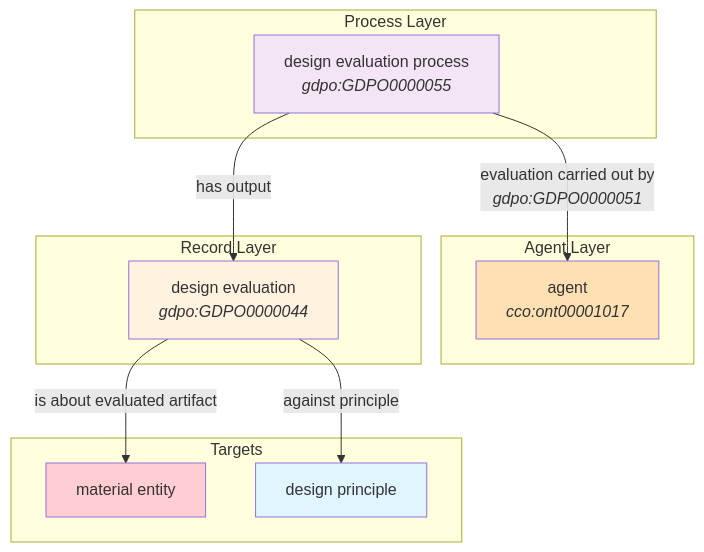
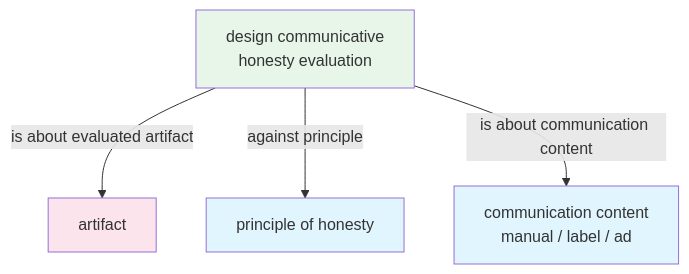
One commit to TimothyWColeman/GoodDesignPrinciplesOntology changed the eighth of 9 diagrams in docs/design-pattern-diagrams.md. Above: the diagram before and after it, drawn with Mermaid. The commit also changed other lines of this file and 12 other files, not shown here.

````diff
--- a/docs/design-pattern-diagrams.md
+++ b/docs/design-pattern-diagrams.md
@@ -475,30 +302,16 @@
 ```mermaid
 graph TB
-    subgraph "Agent Layer"
-        AG[agent<br/><i>cco:ont00001017</i>]
-    end
+    CHE[design communicative<br/>honesty evaluation]
+    ART[artifact]
+    POH[principle of honesty]
+    CC[communication content<br/>manual / label / ad]
     
-    subgraph "Process Layer"
-        DEP[design evaluation process<br/><i>gdpo:GDPO0000055</i>]
-    end
+    CHE -->|is about evaluated artifact| ART
+    CHE -->|against principle| POH
+    CHE -->|is about communication content| CC
     
-    subgraph "Record Layer"
-        DE[design evaluation<br/><i>gdpo:GDPO0000044</i>]
-    end
-    
-    subgraph "Targets"
-        ME[material entity]
-        DP[design principle]
-    end
-    
-    DEP -->|evaluation carried out by<br/><i>gdpo:GDPO0000051</i>| AG
-    DEP -->|has output| DE
-    DE -->|is about evaluated artifact| ME
-    DE -->|against principle| DP
-    
-    style AG fill:#ffe0b2
-    style DEP fill:#f3e5f5
-    style DE fill:#fff3e0
-    style ME fill:#ffcdd2
-    style DP fill:#e1f5fe
+    style CHE fill:#e8f5e9
+    style ART fill:#fce4ec
+    style POH fill:#e1f5fe
+    style CC fill:#e1f5fe
 ```
````
